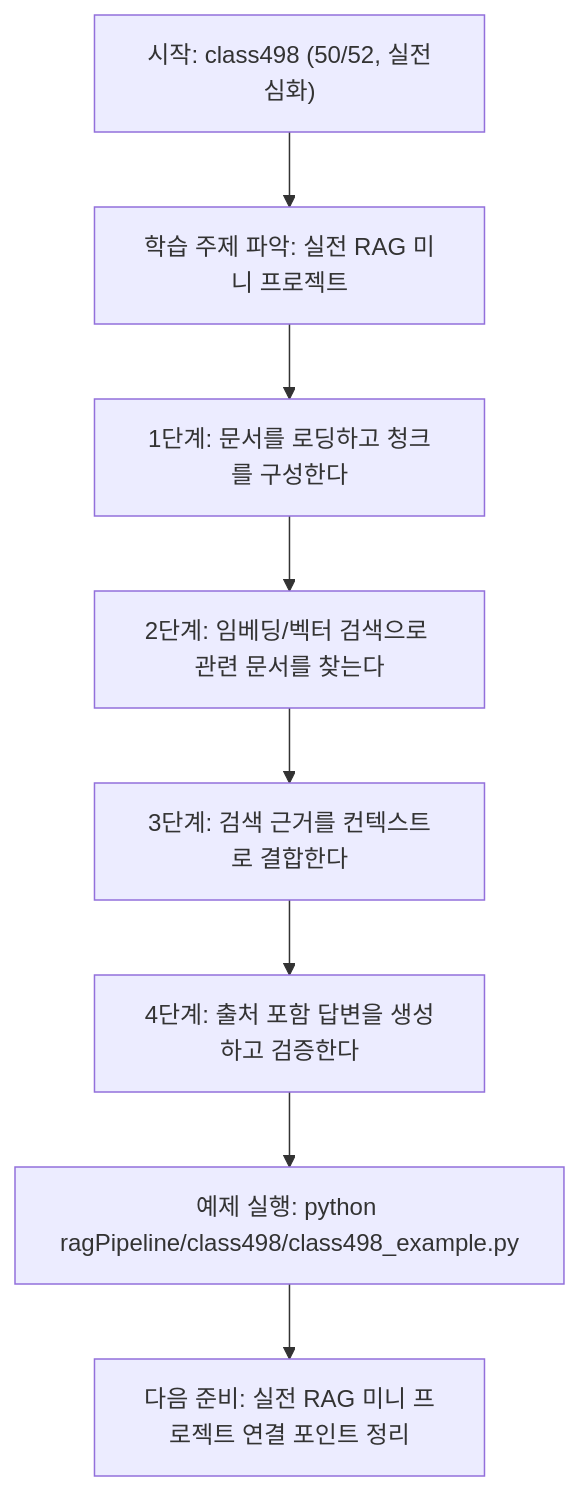
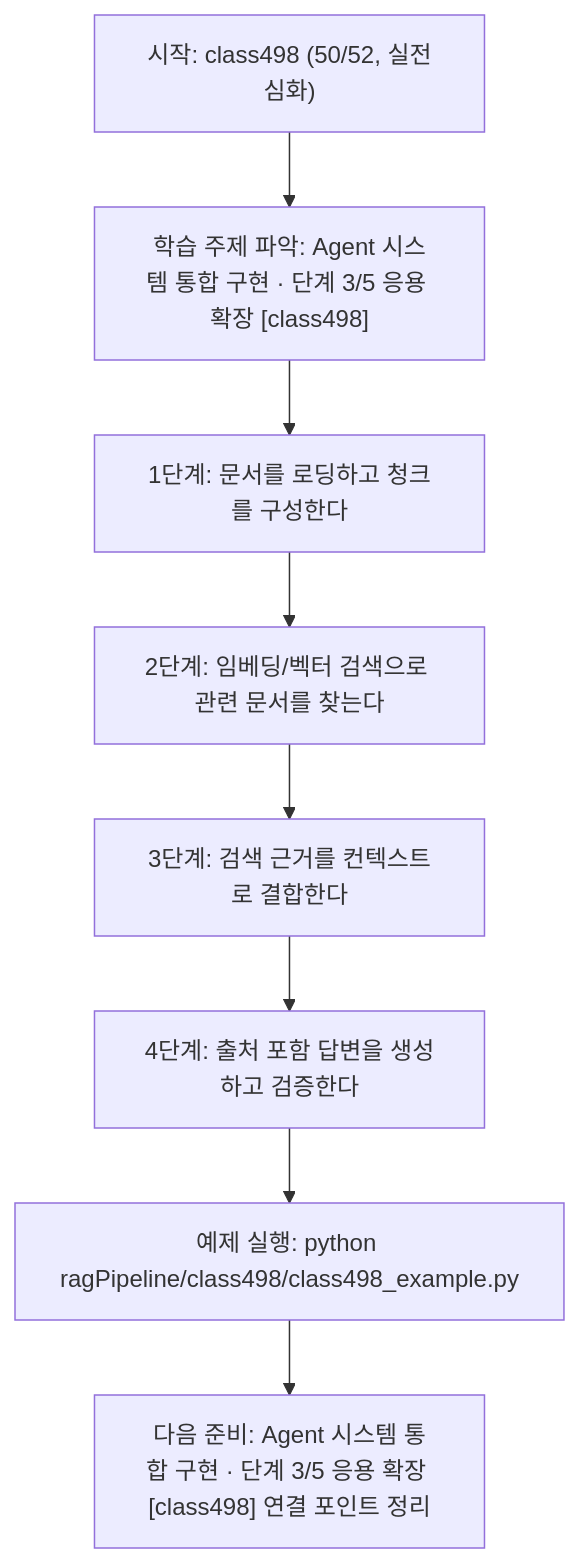
The diagram in ragPipeline/class498/class498.md (edumgt/Python-AI_Agent-Class), drawn with Mermaid before and after one commit. The commit also changed other lines of this file and 522 other files, not shown here.

````diff
--- a/ragPipeline/class498/class498.md
+++ b/ragPipeline/class498/class498.md
@@ -111,18 +112,18 @@
 ```mermaid
 flowchart TD
 N1["시작: class498 (50/52, 실전심화)"]
-N2["학습 주제 파악: 실전 RAG 미니 프로젝트"]
+N2["학습 주제 파악: Agent 시스템 통합 구현 · 단계 3/5 응용 확장 [class498]"]
 N3["1단계: 문서를 로딩하고 청크를 구성한다"]
 N4["2단계: 임베딩/벡터 검색으로 관련 문서를 찾는다"]
 N5["3단계: 검색 근거를 컨텍스트로 결합한다"]
 N6["4단계: 출처 포함 답변을 생성하고 검증한다"]
 N7["예제 실행: python ragPipeline/class498/class498_example.py"]
-N8["다음 준비: 실전 RAG 미니 프로젝트 연결 포인트 정리"]
+N8["다음 준비: Agent 시스템 통합 구현 · 단계 3/5 응용 확장 [class498] 연결 포인트 정리"]
 N1 --> N2
 N2 --> N3
 N3 --> N4
 N4 --> N5
 N5 --> N6
 N6 --> N7
 N7 --> N8
 ```
````
